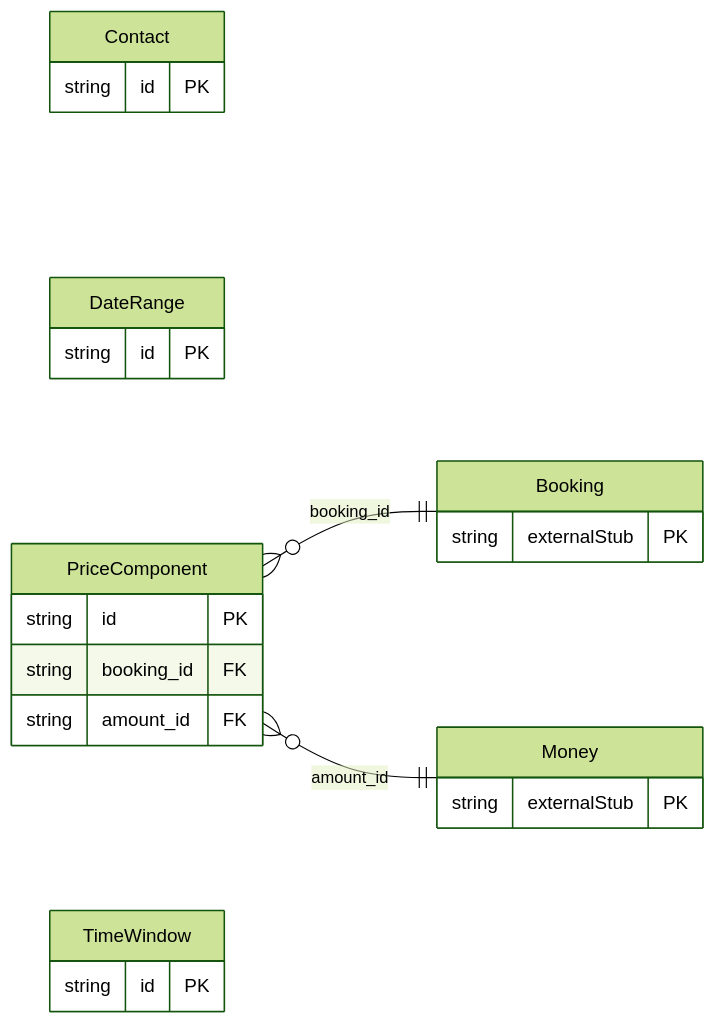
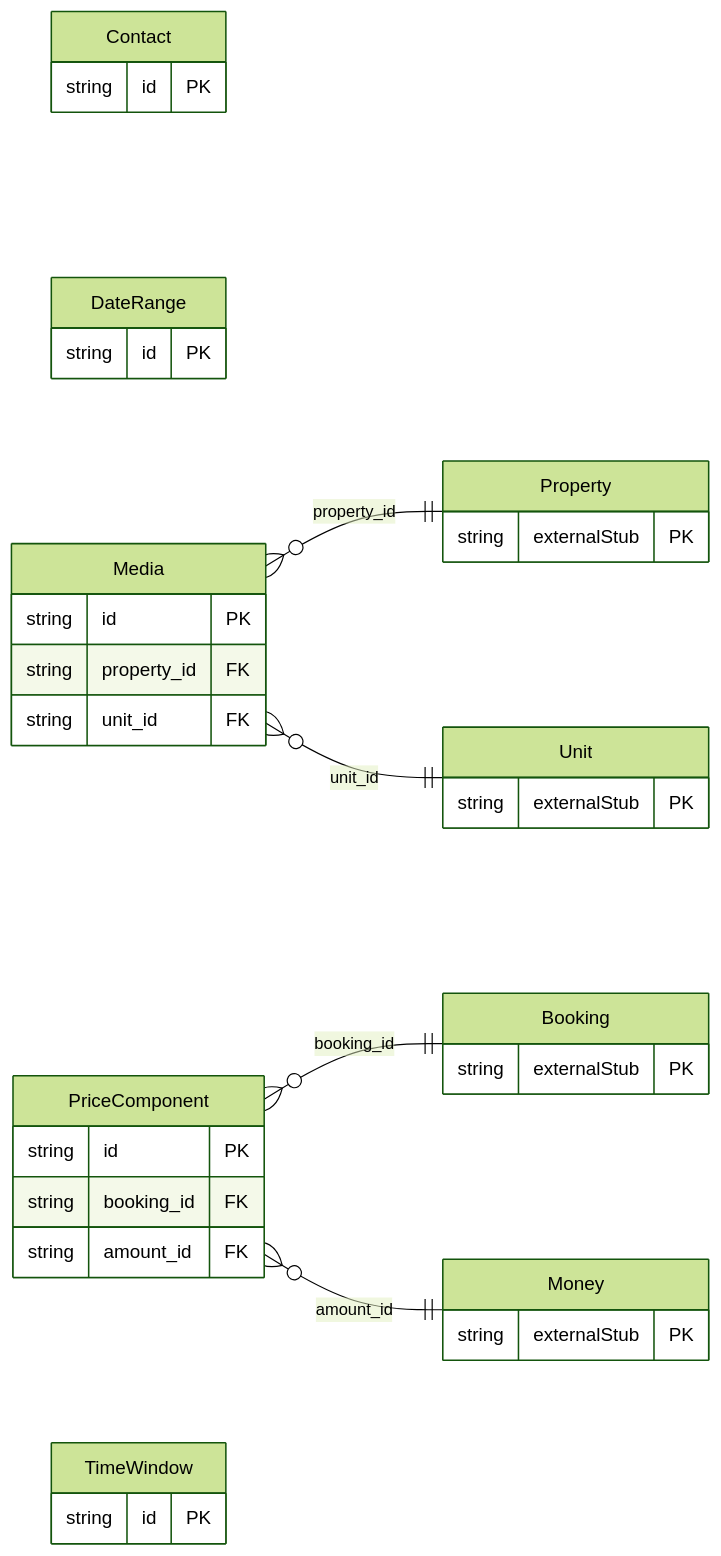
One commit to oh-tarnished/freebusy changed the diagram in protobuf/generated/prisma/freebusy/shared/README.md. Above: the diagram before and after it, drawn with Mermaid (forest theme). The commit also changed other lines of this file and 82 other files, not shown here.

First line of the commit message:
feat: Add Prisma schemas and enums for freebusy property and channel

````diff
--- a/protobuf/generated/prisma/freebusy/shared/README.md
+++ b/protobuf/generated/prisma/freebusy/shared/README.md
@@ -13,26 +13,39 @@
 ```mermaid
 erDiagram
     direction LR
     Contact {
         string id PK
     }
     DateRange {
         string id PK
+    }
+    Media {
+        string id PK
+        string property_id FK
+        string unit_id FK
     }
     PriceComponent {
         string id PK
         string booking_id FK
         string amount_id FK
     }
     TimeWindow {
         string id PK
     }
     Booking {
         string externalStub PK
     }
     Money {
         string externalStub PK
     }
+    Property {
+        string externalStub PK
+    }
+    Unit {
+        string externalStub PK
+    }
+    Media }o--|| Property : "property_id"
+    Media }o--|| Unit : "unit_id"
     PriceComponent }o--|| Booking : "booking_id"
     PriceComponent }o--|| Money : "amount_id"
 ```
````
